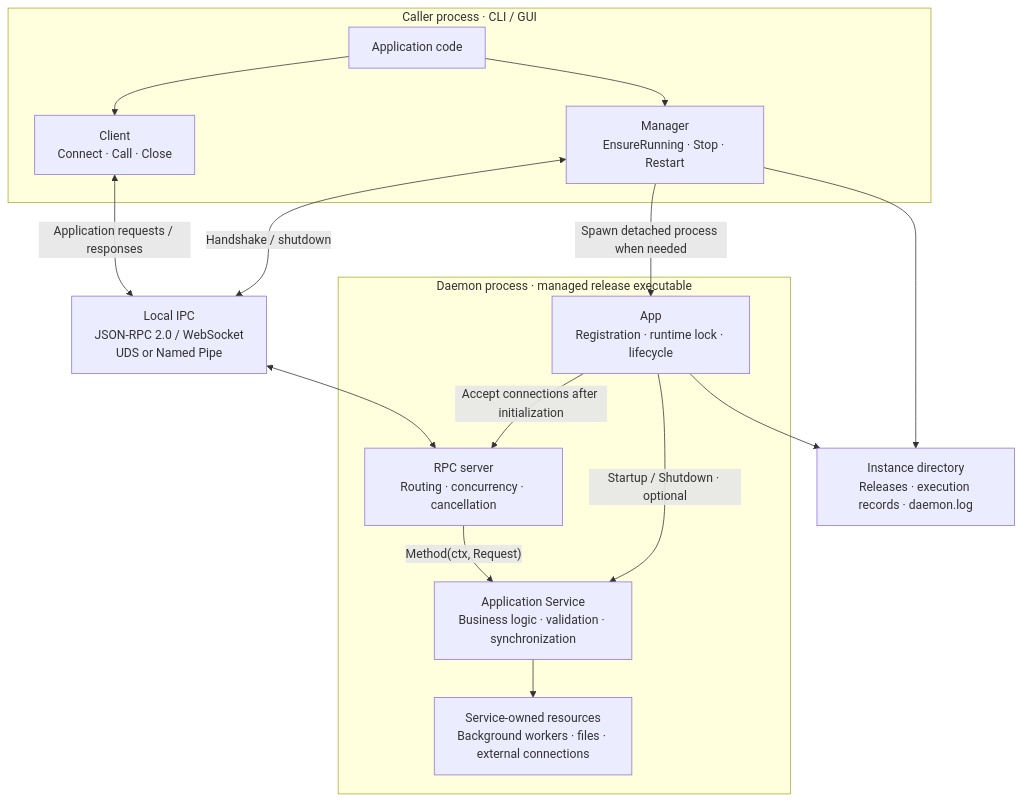
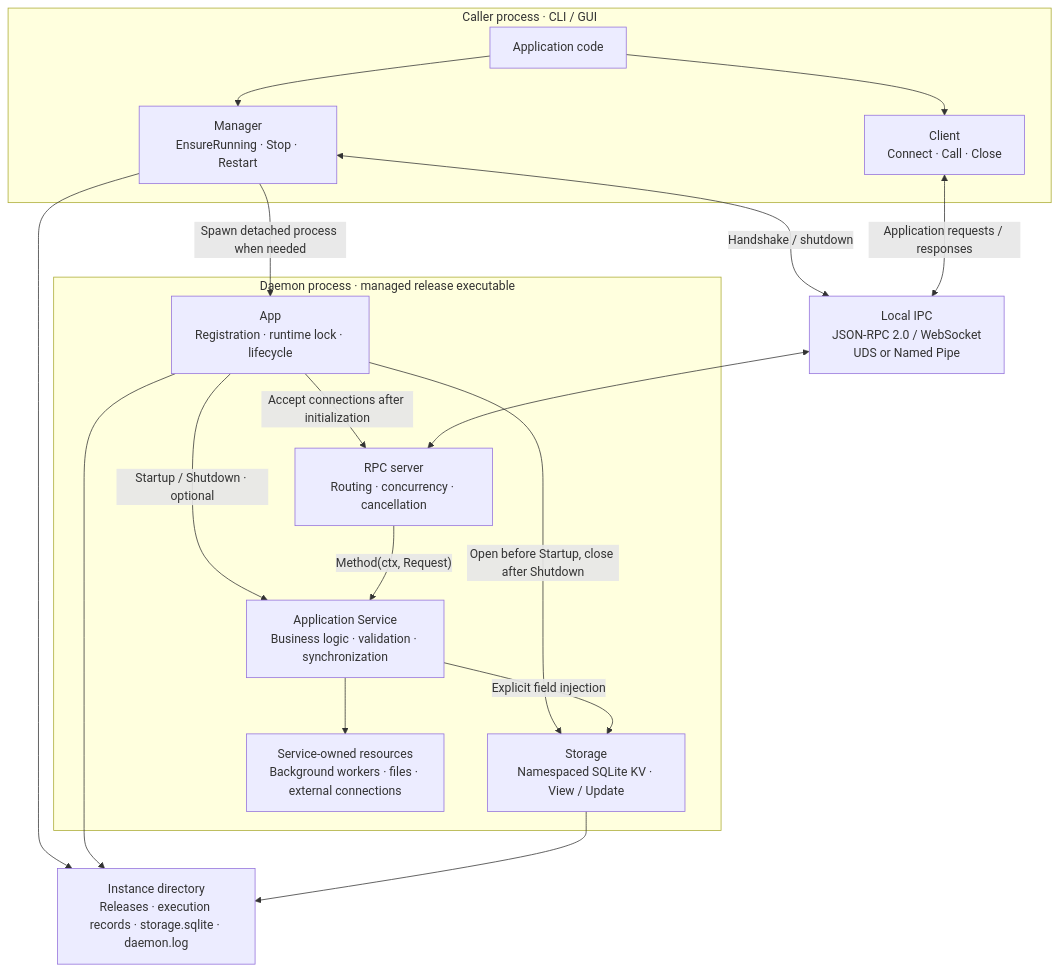
The first of 3 diagrams in README.md (134130/go-daemonkit), drawn with Mermaid before and after one commit. The commit also changed other lines of this file and 6 other files, not shown here.

Commit message:
feat: add app-owned SQLite storage with transactions

````diff
--- a/README.md
+++ b/README.md
@@ -12,31 +12,35 @@
 ```mermaid
 flowchart TB
     subgraph caller["Caller process · CLI / GUI"]
         UI["Application code"]
         Manager["Manager<br/>EnsureRunning · Stop · Restart"]
         Client["Client<br/>Connect · Call · Close"]
         UI --> Manager
         UI --> Client
     end
 
     IPC["Local IPC<br/>JSON-RPC 2.0 / WebSocket<br/>UDS or Named Pipe"]
 
     subgraph daemon["Daemon process · managed release executable"]
         App["App<br/>Registration · runtime lock · lifecycle"]
         RPC["RPC server<br/>Routing · concurrency · cancellation"]
         Service["Application Service<br/>Business logic · validation · synchronization"]
+        Storage["Storage<br/>Namespaced SQLite KV · View / Update"]
+        App -->|"Open before Startup, close after Shutdown"| Storage
+        Service -->|"Explicit field injection"| Storage
         Resources["Service-owned resources<br/>Background workers · files · external connections"]
         App -->|"Startup / Shutdown · optional"| Service
         App -->|"Accept connections after initialization"| RPC
         RPC -->|"Method(ctx, Request)"| Service
         Service --> Resources
     end
 
-    State["Instance directory<br/>Releases · execution records · daemon.log"]
+    State["Instance directory<br/>Releases · execution records · storage.sqlite · daemon.log"]
     Manager -->|"Spawn detached process when needed"| App
     Manager <-->|"Handshake / shutdown"| IPC
     Client <-->|"Application requests / responses"| IPC
     IPC <--> RPC
     Manager --> State
     App --> State
+    Storage --> State
 ```
````
